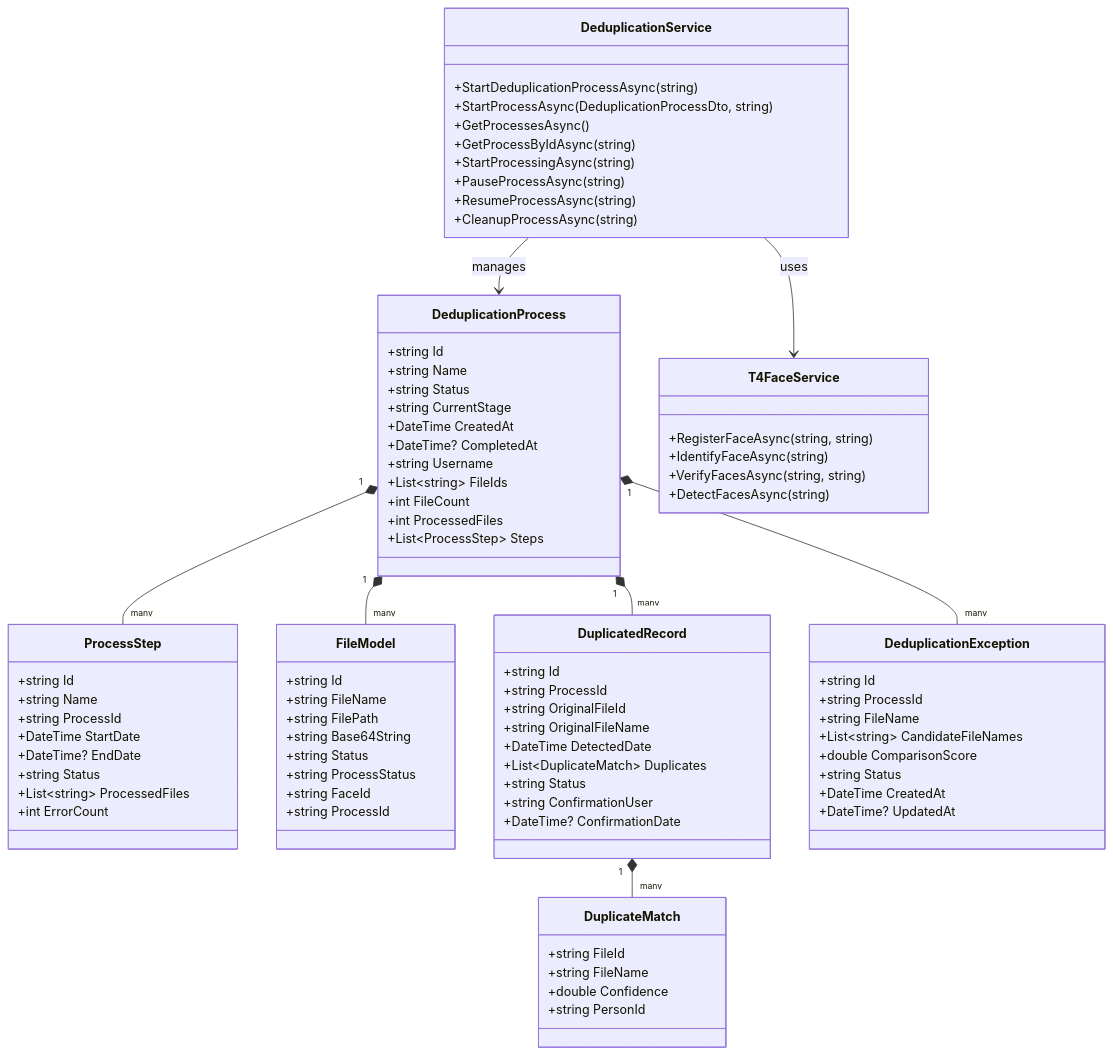
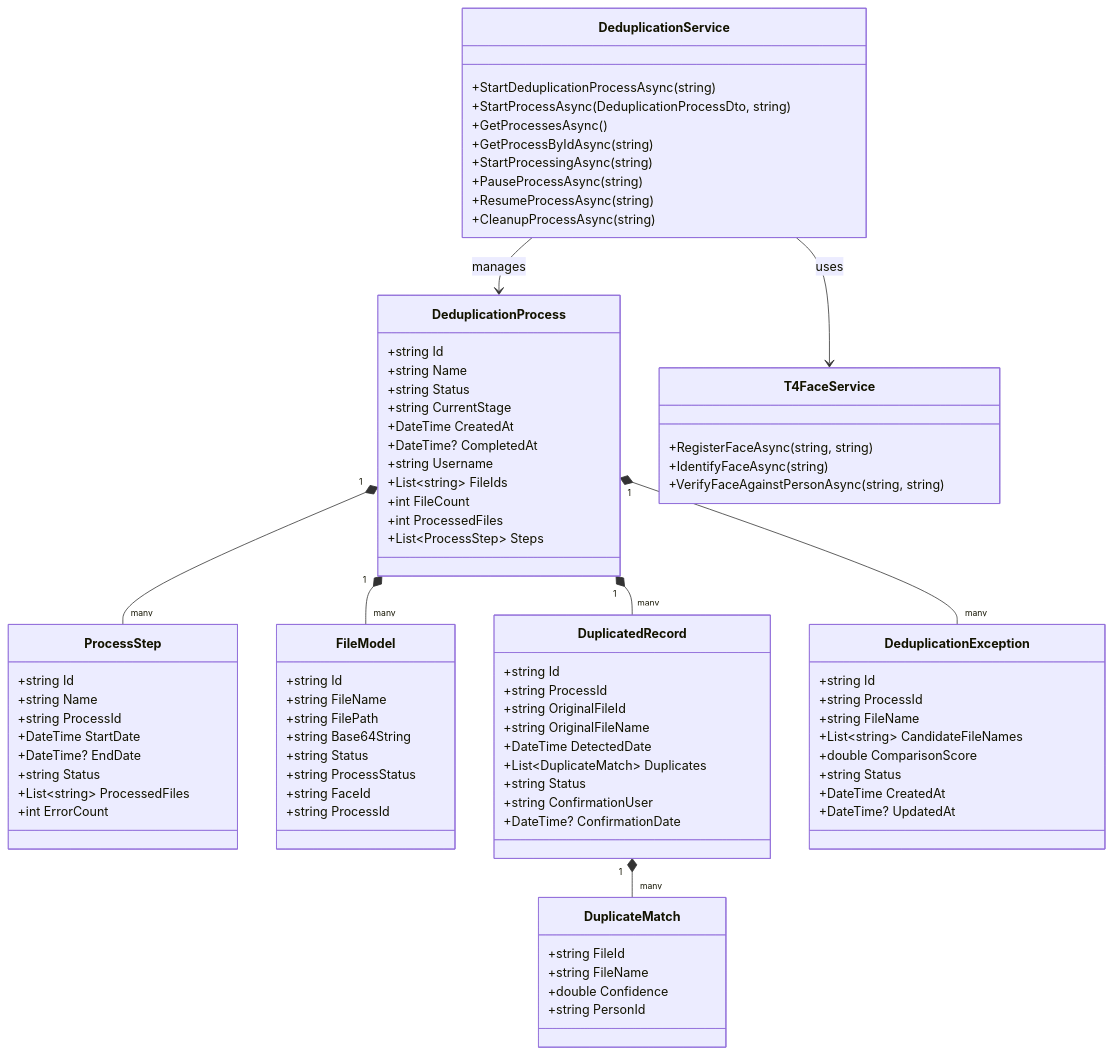
Before and after one commit to fares1919-ltrch/Backend-stage: the fourth of 4 diagrams in Documentation/Deduplication.md, drawn with Mermaid. The commit also changed other lines of this file and 20 other files, not shown here.

```diff
--- a/Documentation/Deduplication.md
+++ b/Documentation/Deduplication.md
@@ -260,8 +256,7 @@
     class T4FaceService {
         +RegisterFaceAsync(string, string)
         +IdentifyFaceAsync(string)
-        +VerifyFacesAsync(string, string)
-        +DetectFacesAsync(string)
+        +VerifyFaceAgainstPersonAsync(string, string)
     }
 
     DeduplicationProcess "1" *-- "many" ProcessStep
```
